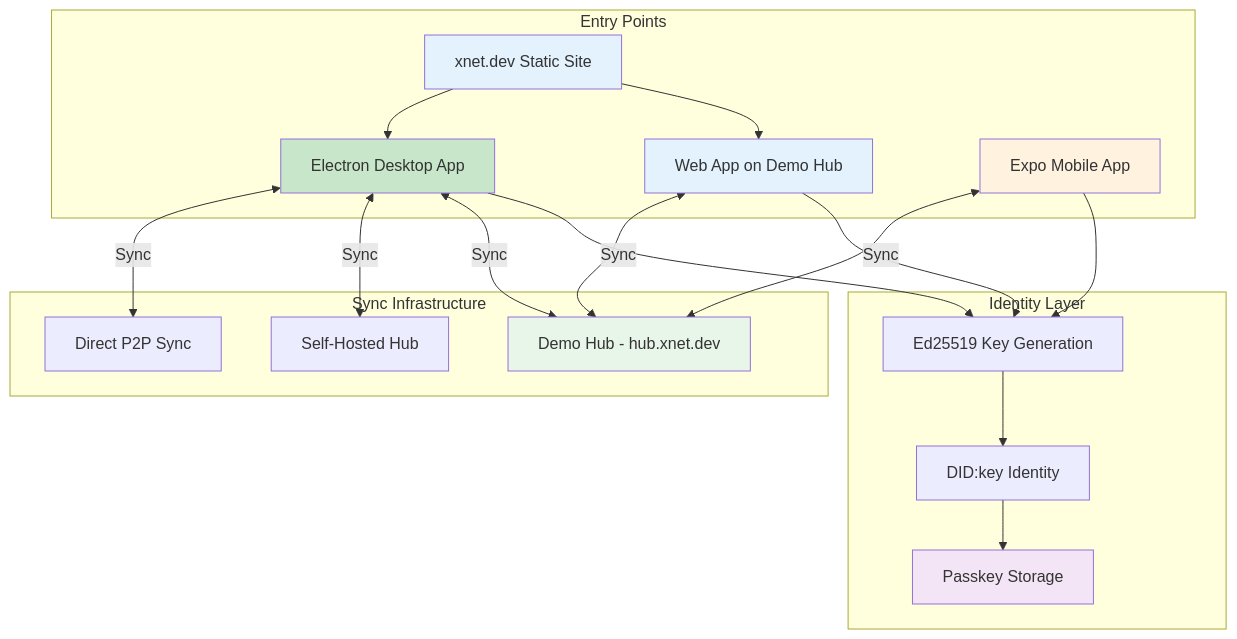
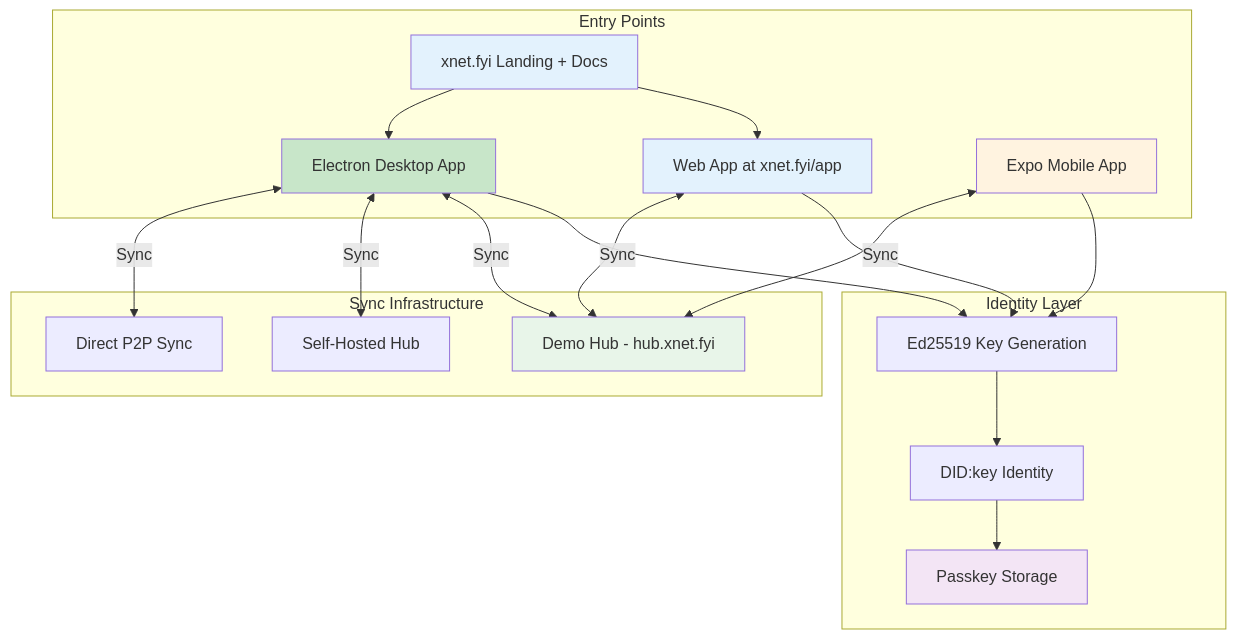
Before and after one commit to crs48/xNet: the first of 3 diagrams in docs/planStep03_91OnboardingAndPolish/README.md, drawn with Mermaid. The commit also changed other lines of this file and 9 other files, not shown here.

First line of the commit message:
docs: update onboarding plan for passkey-first auth, Railway demo hub, and xnet.fyi domain

````diff
--- a/docs/planStep03_91OnboardingAndPolish/README.md
+++ b/docs/planStep03_91OnboardingAndPolish/README.md
@@ -22,43 +21,43 @@
 ```mermaid
 flowchart TB
     subgraph "Entry Points"
-        SITE[xnet.dev Static Site]
-        WEB[Web App on Demo Hub]
+        SITE[xnet.fyi Landing + Docs]
+        WEB[Web App at xnet.fyi/app]
         DESKTOP[Electron Desktop App]
         MOBILE[Expo Mobile App]
     end
 
     subgraph "Identity Layer"
         PASSKEY[Passkey Storage]
         KEYGEN[Ed25519 Key Generation]
         DID[DID:key Identity]
     end
 
     subgraph "Sync Infrastructure"
-        DEMO_HUB[Demo Hub - hub.xnet.dev]
+        DEMO_HUB[Demo Hub - hub.xnet.fyi]
         SELF_HUB[Self-Hosted Hub]
         P2P[Direct P2P Sync]
     end
 
     SITE --> WEB
     SITE --> DESKTOP
     WEB --> KEYGEN
     DESKTOP --> KEYGEN
     MOBILE --> KEYGEN
 
     KEYGEN --> DID
     DID --> PASSKEY
 
     WEB <-->|Sync| DEMO_HUB
     DESKTOP <-->|Sync| DEMO_HUB
     DESKTOP <-->|Sync| SELF_HUB
     DESKTOP <-->|Sync| P2P
     MOBILE <-->|Sync| DEMO_HUB
 
     style SITE fill:#e3f2fd
     style WEB fill:#e3f2fd
     style DESKTOP fill:#c8e6c9
     style MOBILE fill:#fff3e0
     style PASSKEY fill:#f3e5f5
     style DEMO_HUB fill:#e8f5e9
 ```
````
